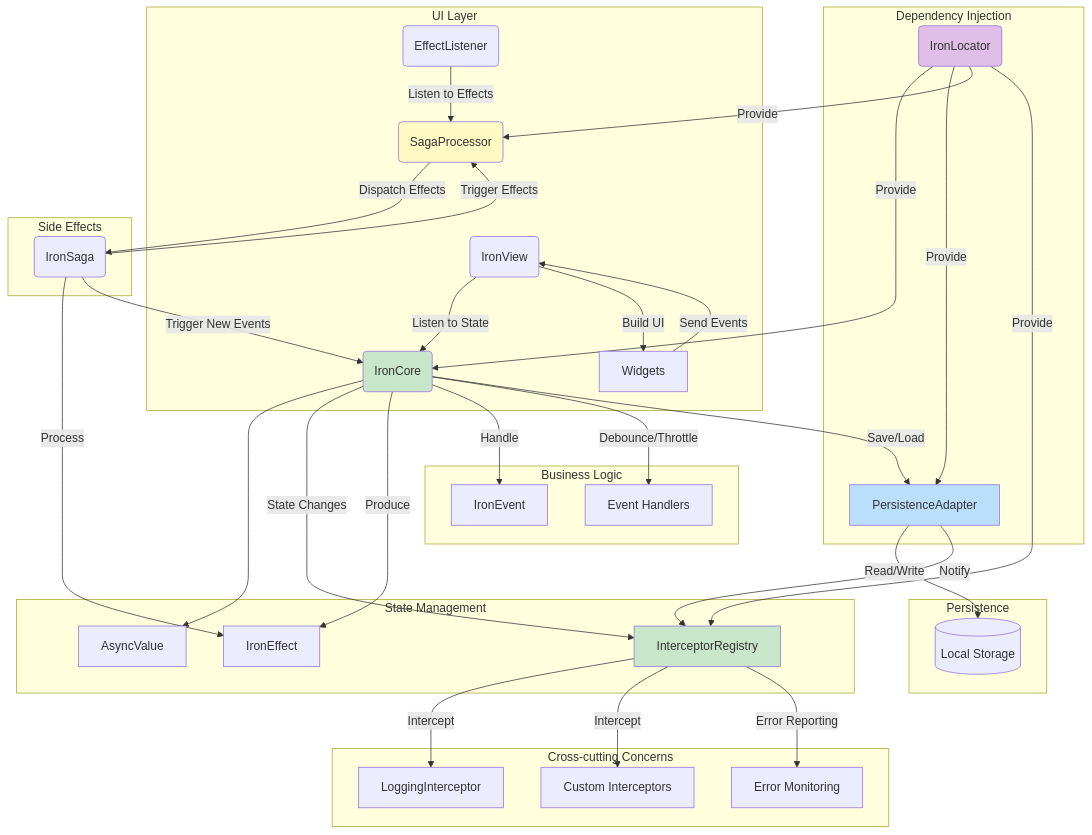
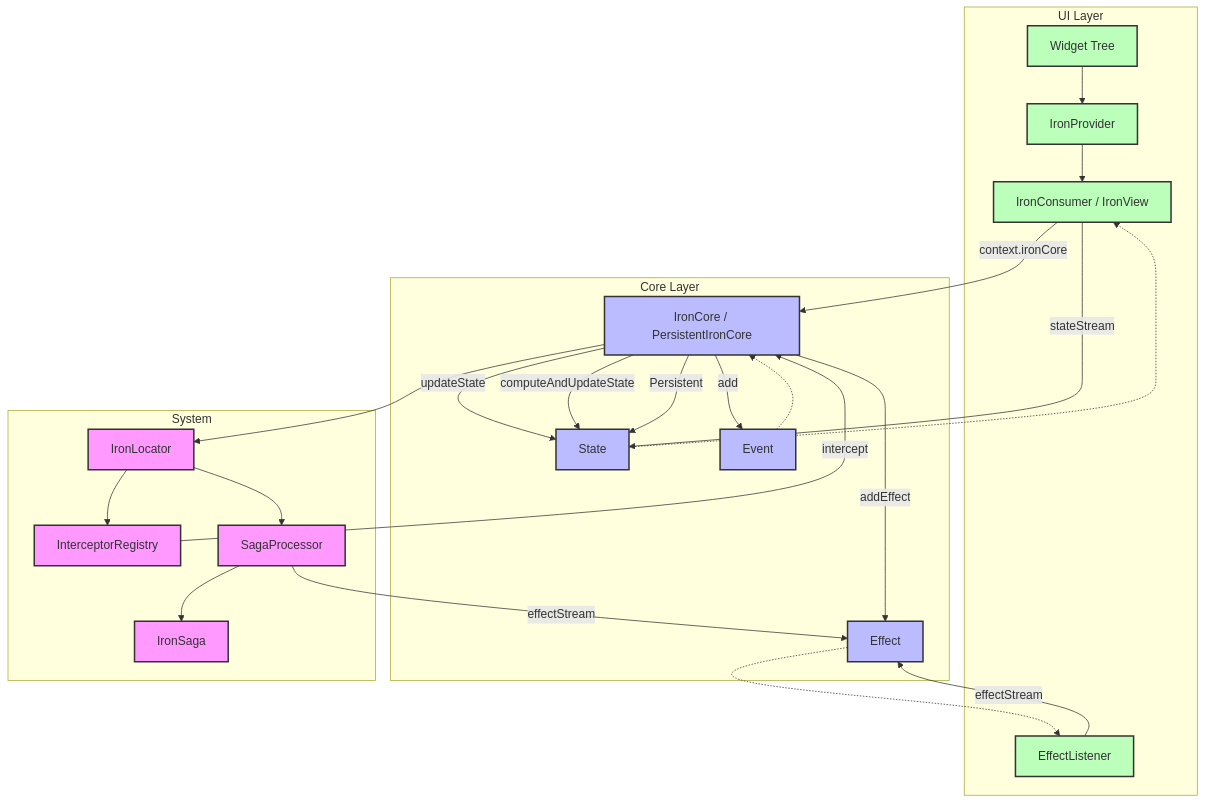
The diagram in en/mobile/iron-architecture.md (endmr11/system_design), drawn with Mermaid before and after one commit. The commit also changed other lines of this file and 1 other file, not shown here.

Commit message:
Add architecture diagrams to Iron documentation (EN/TR)

````diff
--- a/en/mobile/iron-architecture.md
+++ b/en/mobile/iron-architecture.md
@@ -332,59 +203,58 @@
 ```mermaid
-flowchart TD
- subgraph subGraph0["UI Layer"]
-        B("IronView")
-        A["Widgets"]
-        H("IronCore")
-        J("SagaProcessor")
-        I("EffectListener")
+graph TD
+  subgraph UI["UI Layer"]
+    A["Widget Tree"]
+    B["IronProvider"]
+    C["IronConsumer / IronView"]
+    D["EffectListener"]
   end
- subgraph subGraph1["State Management"]
-        C["AsyncValue"]
-        D["InterceptorRegistry"]
-        E["IronEffect"]
+
+  subgraph Core["Core Layer"]
+    E["IronCore / PersistentIronCore"]
+    F["State"]
+    G["Event"]
+    H["Effect"]
   end
- subgraph subGraph2["Business Logic"]
-        F["IronEvent"]
-        G["Event Handlers"]
+
+  subgraph System["System"]
+    I["IronLocator"]
+    J["InterceptorRegistry"]
+    K["SagaProcessor"]
+    L["IronSaga"]
   end
- subgraph subGraph3["Dependency Injection"]
-        K("IronLocator")
-        L["PersistenceAdapter"]
-  end
- subgraph subGraph4["Side Effects"]
-        M("IronSaga")
-  end
- subgraph Persistence["Persistence"]
-        N[("Local Storage")]
-  end
- subgraph subGraph6["Cross-cutting Concerns"]
-        O["LoggingInterceptor"]
-        P["Custom Interceptors"]
-        Q["Error Monitoring"]
-  end
-    A -- Send Events --> B
-    B -- Listen to State --> H
-    I -- Listen to Effects --> J
-    B -- Build UI --> A
-    H --> C
-    H -- State Changes --> D
-    H -- Produce --> E
-    H -- Handle --> F
-    H -- Debounce/Throttle --> G
-    K -- Provide --> H & L & J & D
-    J -- Dispatch Effects --> M
-    M -- Process --> E
-    M -- Trigger New Events --> H
-    M -- Trigger Effects --> J
-    H -- Save/Load --> L
-    L -- Read/Write --> N
-    L -- Notify --> D
-    D -- Intercept --> O & P
-    D -- Error Reporting --> Q
 
-    style H fill:#C8E6C9
-    style J fill:#FFF9C4
-    style D fill:#C8E6C9
-    style K fill:#E1BEE7
-    style L fill:#BBDEFB
+  %% UI Layer
+  A --> B
+  B --> C
+  C -->|context.ironCore| E
+  C -->|stateStream| F
+  D -->|effectStream| H
+
+  %% Core Layer
+  E -->|updateState| F
+  E -->|add| G
+  E -->|addEffect| H
+  E -->|computeAndUpdateState| F
+  E -->|Persistent| F
+
+  %% System Layer
+  E --> I
+  I --> J
+  I --> K
+  K --> L
+  J -->|intercept| E
+  K -->|effectStream| H
+
+  %% Interactions
+  G -.-> E
+  H -.-> D
+  F -.-> C
+
+  %% Notes
+  classDef system fill:#f9f,stroke:#333,stroke-width:2px;
+  classDef core fill:#bbf,stroke:#333,stroke-width:2px;
+  classDef ui fill:#bfb,stroke:#333,stroke-width:2px;
+  class I,J,K,L system;
+  class E,F,G,H core;
+  class A,B,C,D ui;
 ```
````
